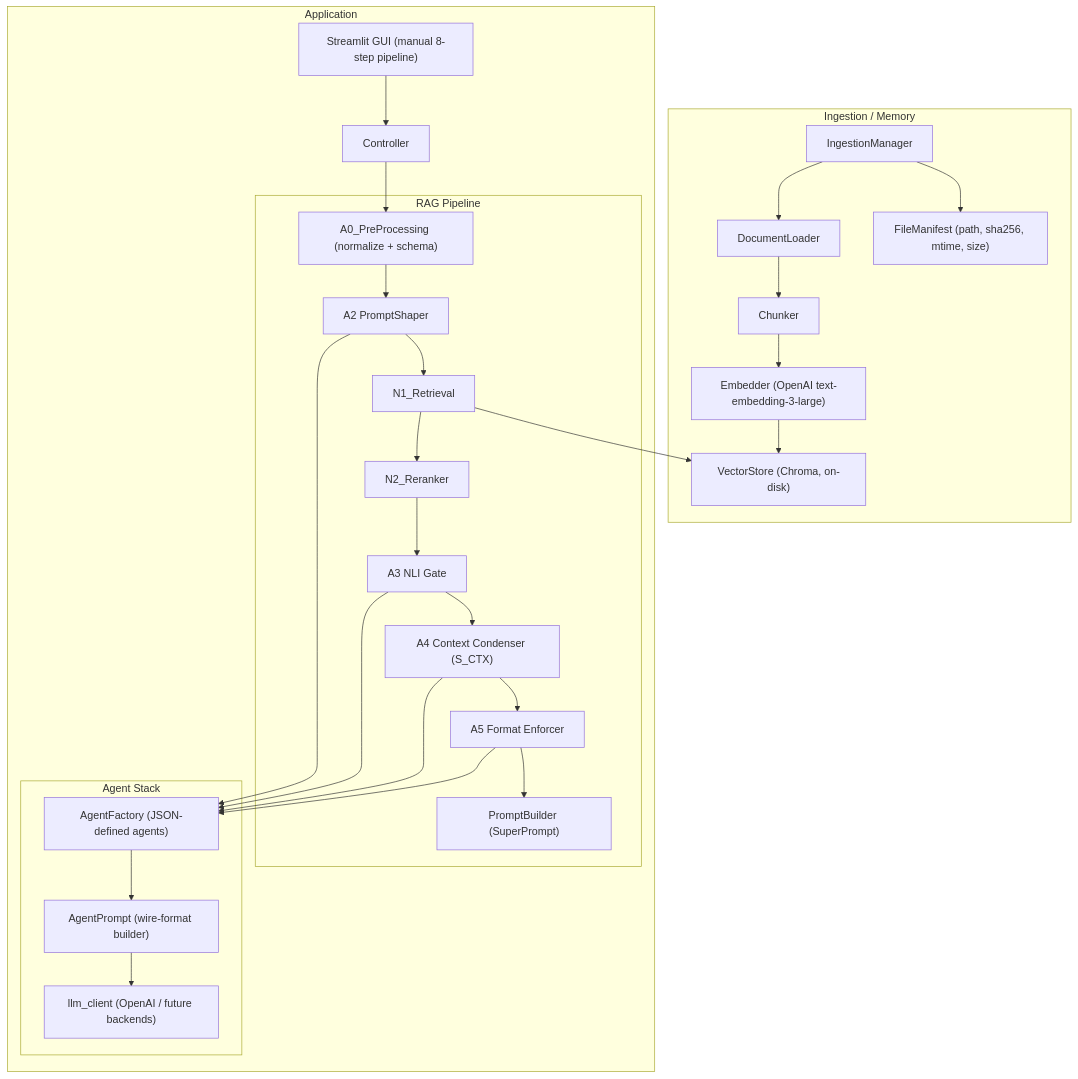
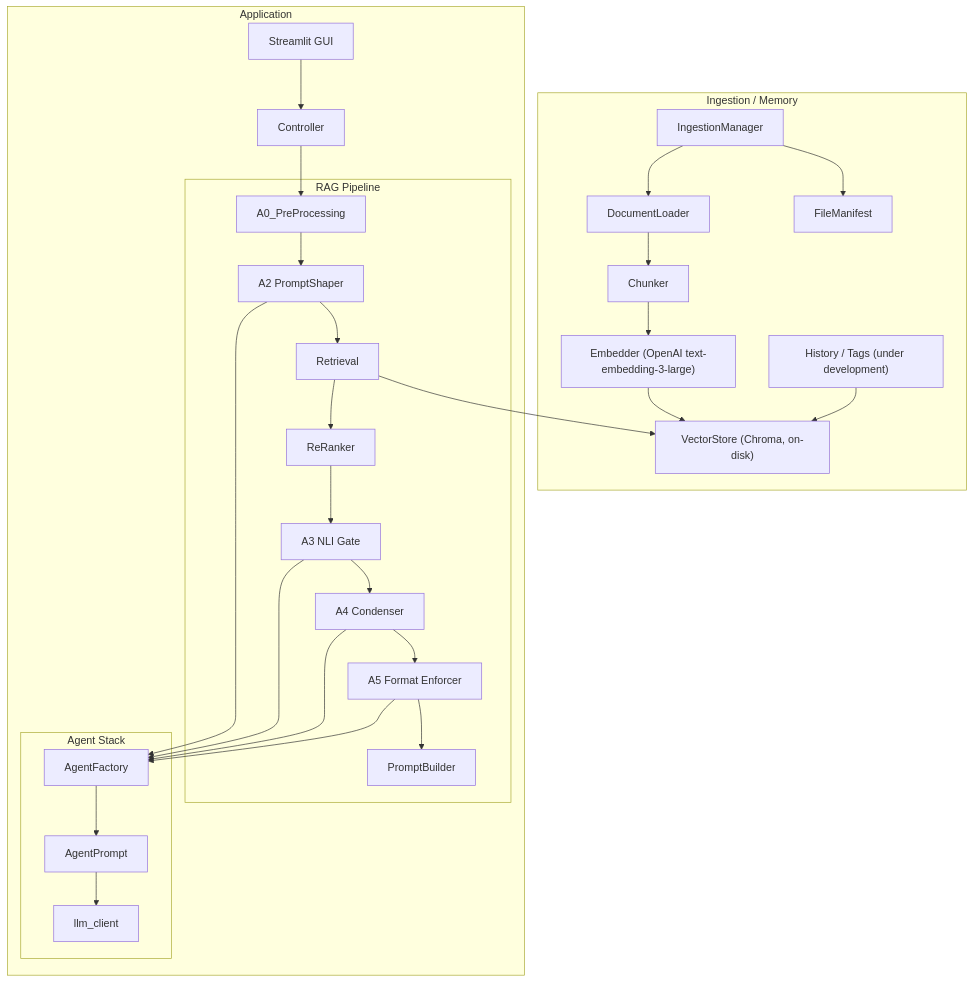
One commit to RusbehAbtahi/RAGstream changed the third of 3 diagrams in README.md. Above: the diagram before and after it, drawn with Mermaid. The commit also changed other lines of this file and 15 other files, not shown here.

Commit message:
Update requirements, architecture, UML, status, and GUI files

````diff
--- a/README.md
+++ b/README.md
@@ -13,48 +46,50 @@
 ```mermaid
 flowchart TD
 
   subgraph "Ingestion / Memory"
     IM["IngestionManager"]
     LDR["DocumentLoader"]
     CHK["Chunker"]
     EMB["Embedder (OpenAI text-embedding-3-large)"]
     VS["VectorStore (Chroma, on-disk)"]
-    FM["FileManifest (path, sha256, mtime, size)"]
+    FM["FileManifest"]
+    MEM["History / Tags (under development)"]
 
     IM --> LDR --> CHK --> EMB --> VS
     IM --> FM
+    MEM --> VS
   end
 
   subgraph "Application"
-    UI["Streamlit GUI (manual 8-step pipeline)"]
+    UI["Streamlit GUI"]
     CTRL["Controller"]
 
     subgraph "RAG Pipeline"
-      A0["A0_PreProcessing (normalize + schema)"]
+      A0["A0_PreProcessing"]
       A2["A2 PromptShaper"]
-      N1["N1_Retrieval"]
-      N2["N2_Reranker"]
+      RET["Retrieval"]
+      RRK["ReRanker"]
       A3["A3 NLI Gate"]
-      A4["A4 Context Condenser (S_CTX)"]
+      A4["A4 Condenser"]
       A5["A5 Format Enforcer"]
-      PB["PromptBuilder (SuperPrompt)"]
+      PB["PromptBuilder"]
     end
 
     subgraph "Agent Stack"
-      AF["AgentFactory (JSON-defined agents)"]
-      AP["AgentPrompt (wire-format builder)"]
-      LLM["llm_client (OpenAI / future backends)"]
+      AF["AgentFactory"]
+      AP["AgentPrompt"]
+      LLM["llm_client"]
     end
   end
 
   UI --> CTRL
-  CTRL --> A0 --> A2 --> N1 --> N2 --> A3 --> A4 --> A5 --> PB
+  CTRL --> A0 --> A2 --> RET --> RRK --> A3 --> A4 --> A5 --> PB
 
   A2 --> AF
   A3 --> AF
   A4 --> AF
   A5 --> AF
   AF --> AP --> LLM
 
-  N1 --> VS
+  RET --> VS
 ```
````
